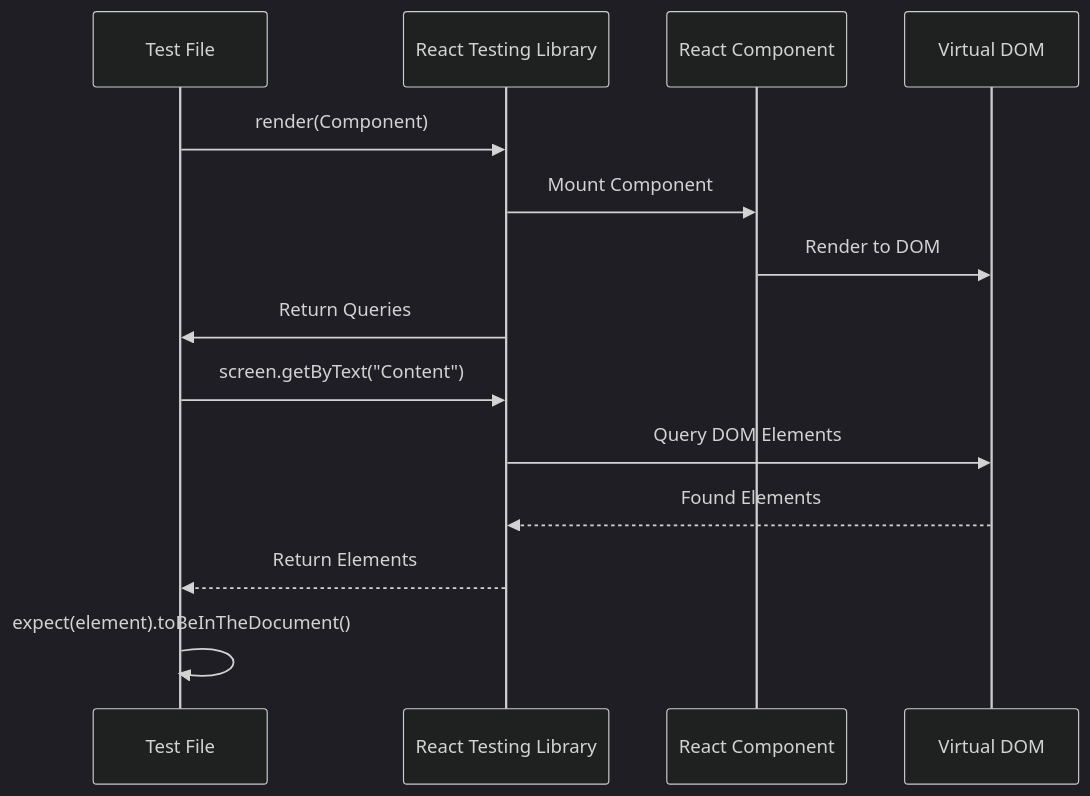
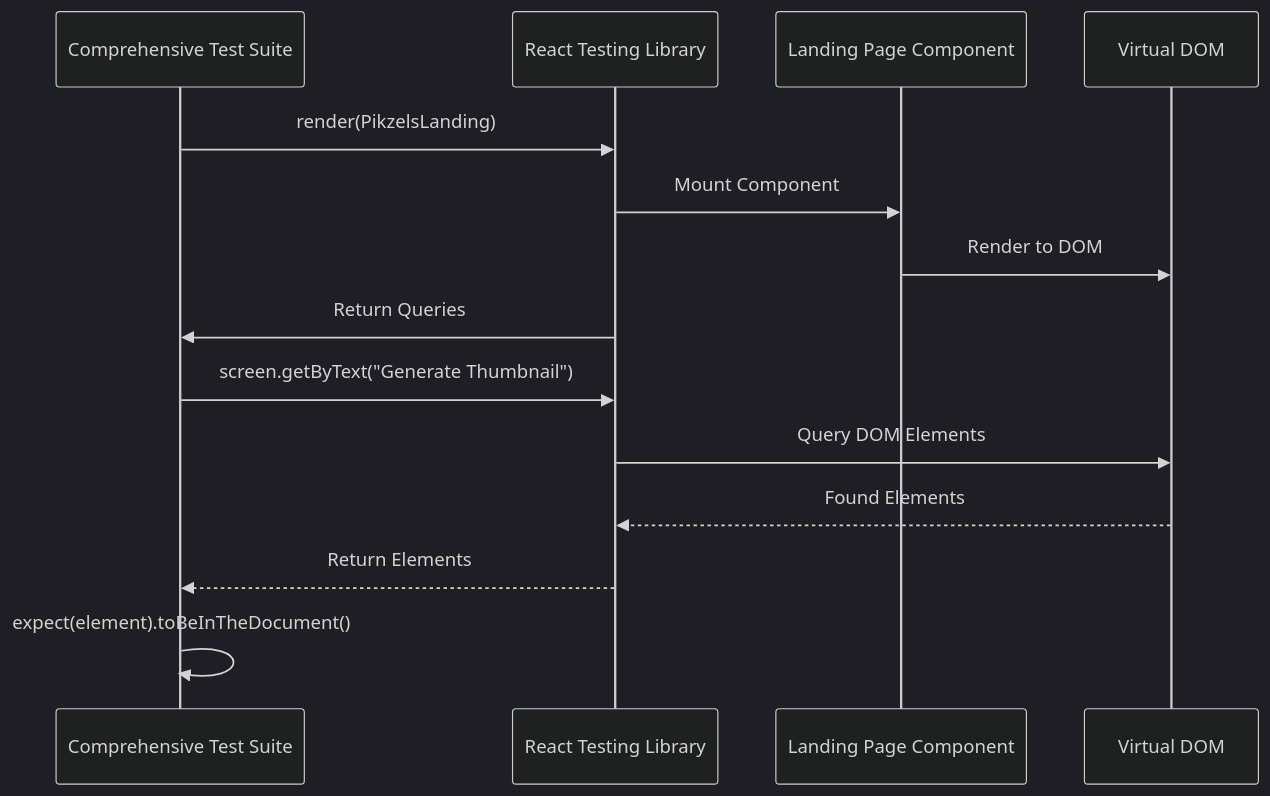
One commit to Brimstow/ThumPiks changed the third of 4 diagrams in .qoder/repowiki/en/content/Testing Strategy/Frontend Testing.md. Above: the diagram before and after it, drawn with Mermaid (dark theme). The commit also changed other lines of this file and 900 other files, not shown here.

````diff
--- a/.qoder/repowiki/en/content/Testing Strategy/Frontend Testing.md
+++ b/.qoder/repowiki/en/content/Testing Strategy/Frontend Testing.md
@@ -91,16 +116,16 @@
 ```mermaid
 sequenceDiagram
-participant Test as Test File
+participant Test as Comprehensive Test Suite
 participant RTL as React Testing Library
-participant Component as React Component
+participant Component as Landing Page Component
 participant DOM as Virtual DOM
-Test->>RTL : render(Component)
+Test->>RTL : render(PikzelsLanding)
 RTL->>Component : Mount Component
 Component->>DOM : Render to DOM
 RTL->>Test : Return Queries
-Test->>RTL : screen.getByText("Content")
+Test->>RTL : screen.getByText("Generate Thumbnail")
 RTL->>DOM : Query DOM Elements
 DOM-->>RTL : Found Elements
 RTL-->>Test : Return Elements
 Test->>Test : expect(element).toBeInTheDocument()
 ```
````
